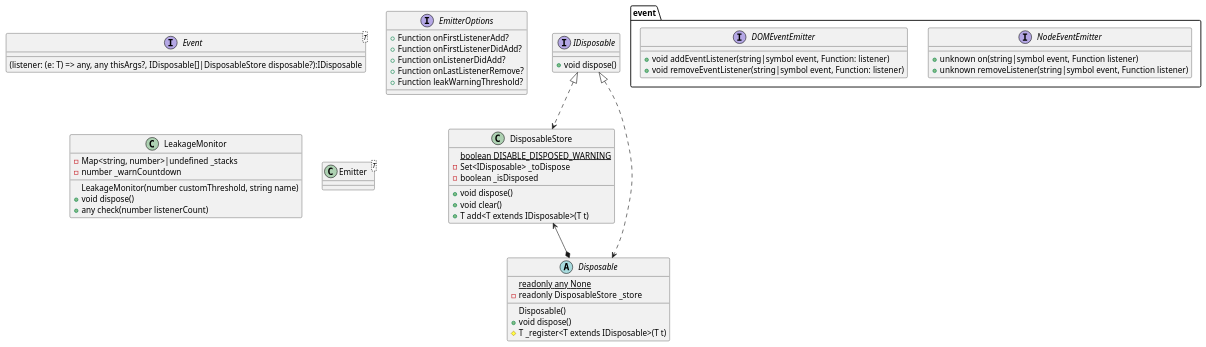
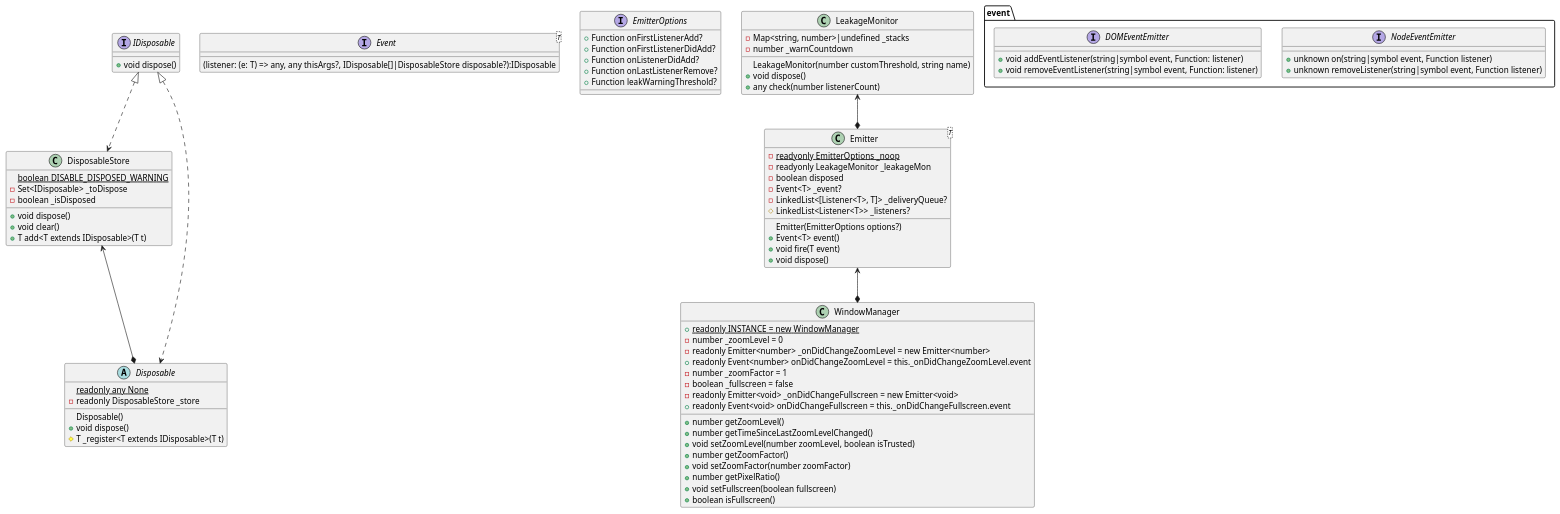
One commit to TigerWFH/dudu changed the diagram in docs/event.wsd. Above: the diagram before and after it, drawn with PlantUML.

Commit message:
vscode事件系统：Emitter，组合该对象，即可拥有自己专有的事件系统

```diff
--- a/docs/event.wsd
+++ b/docs/event.wsd
@@ -1,57 +1,89 @@
 @startuml 事件系统 src.vs.base.common.event
     ' 资源释放接口 disposable：用后待释放的资源；dispose：释放资源
     ' 使用DisposableStore可以追踪leaked disposables或者直接继承Disposable
     interface IDisposable {
         + void dispose()
     }
     IDisposable <|..> DisposableStore
     class DisposableStore {
         {static} boolean DISABLE_DISPOSED_WARNING
         - Set<IDisposable> _toDispose
         - boolean _isDisposed
         ' Dispose of all registered disposables and mark this object as disposed
         + void dispose()
         ' Dispose of all registered disposables but do not mark this object as disposed
         + void clear()
         + T add<T extends IDisposable>(T t)
 
     }
     IDisposable <|..> Disposable
     DisposableStore <--* Disposable
     abstract class Disposable {
         {static} readonly any None
         - readonly DisposableStore _store
         Disposable()
         + void dispose()
         # T _register<T extends IDisposable>(T t)
     }
     ' 函数签名
     interface Event<T> {
         (listener: (e: T) => any, any thisArgs?, IDisposable[]|DisposableStore disposable?):IDisposable
     }
     ' namespace Event
     interface event.NodeEventEmitter {
         + unknown on(string|symbol event, Function listener)
         + unknown removeListener(string|symbol event, Function listener)
     }
     interface event.DOMEventEmitter {
         + void addEventListener(string|symbol event, Function: listener)
         + void removeEventListener(string|symbol event, Function: listener)
     }
     interface EmitterOptions {
         + Function onFirstListenerAdd?
         + Function onFirstListenerDidAdd?
         + Function onListenerDidAdd?
         + Function onLastListenerRemove?
         + Function leakWarningThreshold?
     }
     class LeakageMonitor {
         - Map<string, number>|undefined _stacks
         - number _warnCountdown
         LeakageMonitor(number customThreshold, string name)
         + void dispose()
         + any check(number listenerCount)
     }
+    LeakageMonitor <--* Emitter
     class Emitter<T> {
+        - {static} readyonly EmitterOptions _noop
+        - readyonly LeakageMonitor _leakageMon
+        - boolean disposed
+        - Event<T> _event?
+        - LinkedList<[Listener<T>, T]> _deliveryQueue?
+        # LinkedList<Listener<T>> _listeners?
+        Emitter(EmitterOptions options?)
+        + Event<T> event()
+        + void fire(T event)
+        + void dispose()
+
+    }
+    ' 应用:谁想使用事件系统，谁就组合一个Emitter对象
+    Emitter <--* WindowManager
+    class WindowManager {
+        + {static} readonly INSTANCE = new WindowManager
+        - number _zoomLevel = 0
+        - readonly Emitter<number> _onDidChangeZoomLevel = new Emitter<number>
+        + readonly Event<number> onDidChangeZoomLevel = this._onDidChangeZoomLevel.event
+        - number _zoomFactor = 1
+        - boolean _fullscreen = false
+        - readonly Emitter<void> _onDidChangeFullscreen = new Emitter<void>
+        + number getZoomLevel()
+        + number getTimeSinceLastZoomLevelChanged()
+        + void setZoomLevel(number zoomLevel, boolean isTrusted)
+        + number getZoomFactor()
+        + void setZoomFactor(number zoomFactor)
+        + number getPixelRatio()
+        + readonly Event<void> onDidChangeFullscreen = this._onDidChangeFullscreen.event
+        + void setFullscreen(boolean fullscreen)
+        + boolean isFullscreen()
     }
 @enduml
```
